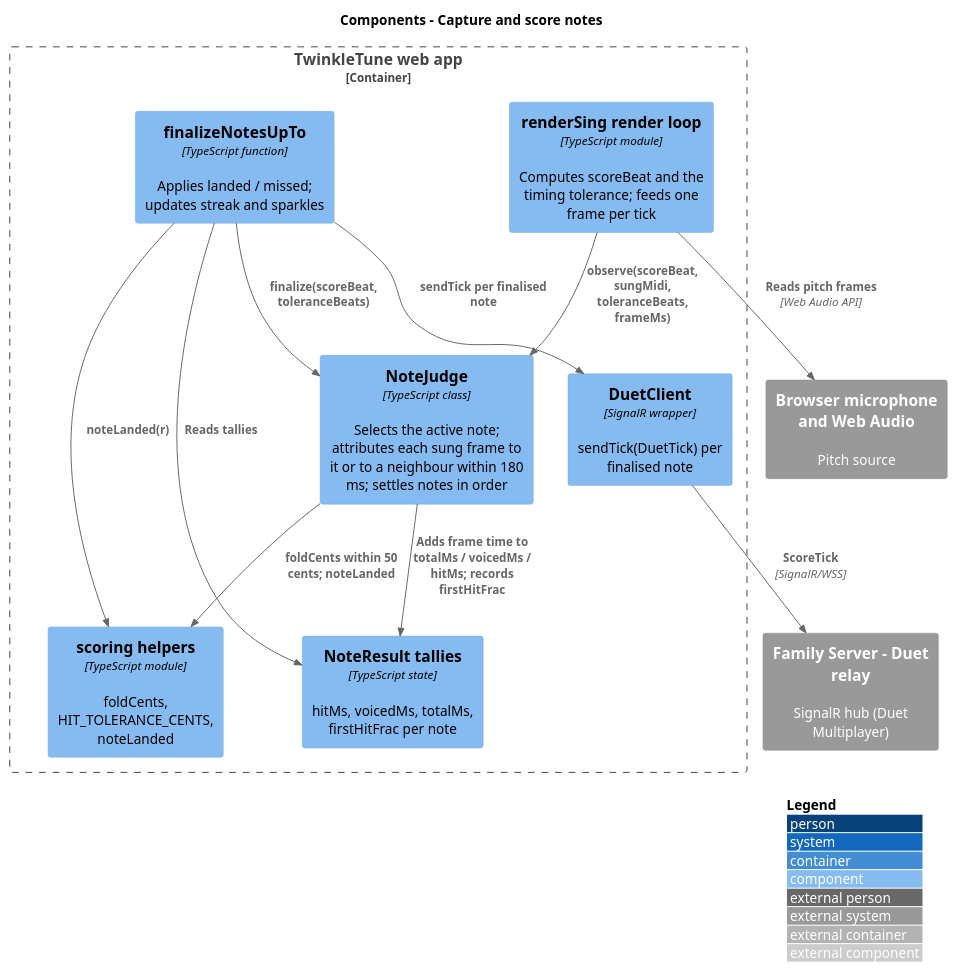
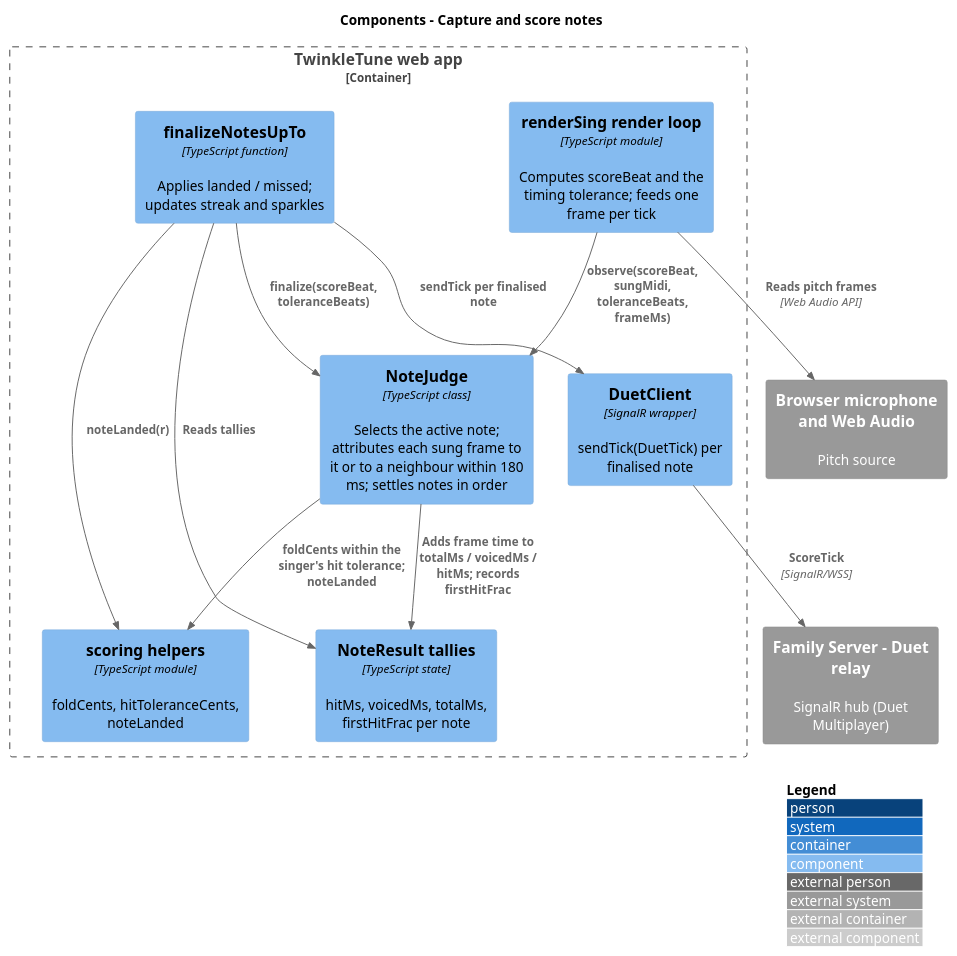
Before and after one commit to QuinntyneBrown/TwinkleTune: the diagram in docs/detailed-designs/singing-gameplay/capture-and-score-notes/diagrams/c4-component.puml, drawn with PlantUML. The commit also changed 83 other files, not shown here.

```diff
--- a/docs/detailed-designs/singing-gameplay/capture-and-score-notes/diagrams/c4-component.puml
+++ b/docs/detailed-designs/singing-gameplay/capture-and-score-notes/diagrams/c4-component.puml
@@ -1,26 +1,26 @@
 @startuml
 !include <C4/C4_Component>
 LAYOUT_WITH_LEGEND()
 title Components - Capture and score notes
 
 Container_Boundary(web, "TwinkleTune web app") {
   Component(loop, "renderSing render loop", "TypeScript module", "Computes scoreBeat and the timing tolerance; feeds one frame per tick")
   Component(judge, "NoteJudge", "TypeScript class", "Selects the active note; attributes each sung frame to it or to a neighbour within 180 ms; settles notes in order")
   Component(results, "NoteResult tallies", "TypeScript state", "hitMs, voicedMs, totalMs, firstHitFrac per note")
-  Component(scoring, "scoring helpers", "TypeScript module", "foldCents, HIT_TOLERANCE_CENTS, noteLanded")
+  Component(scoring, "scoring helpers", "TypeScript module", "foldCents, hitToleranceCents, noteLanded")
   Component(finalize, "finalizeNotesUpTo", "TypeScript function", "Applies landed / missed; updates streak and sparkles")
   Component(duet, "DuetClient", "SignalR wrapper", "sendTick(DuetTick) per finalised note")
 }
 System_Ext(mic, "Browser microphone and Web Audio", "Pitch source")
 System_Ext(hub, "Family Server - Duet relay", "SignalR hub (Duet Multiplayer)")
 
 Rel(loop, mic, "Reads pitch frames", "Web Audio API")
 Rel(loop, judge, "observe(scoreBeat, sungMidi, toleranceBeats, frameMs)")
-Rel(judge, scoring, "foldCents within 50 cents; noteLanded")
+Rel(judge, scoring, "foldCents within the singer's hit tolerance; noteLanded")
 Rel(judge, results, "Adds frame time to totalMs / voicedMs / hitMs; records firstHitFrac")
 Rel(finalize, judge, "finalize(scoreBeat, toleranceBeats)")
 Rel(finalize, results, "Reads tallies")
 Rel(finalize, scoring, "noteLanded(r)")
 Rel(finalize, duet, "sendTick per finalised note")
 Rel(duet, hub, "ScoreTick", "SignalR/WSS")
 @enduml
```
